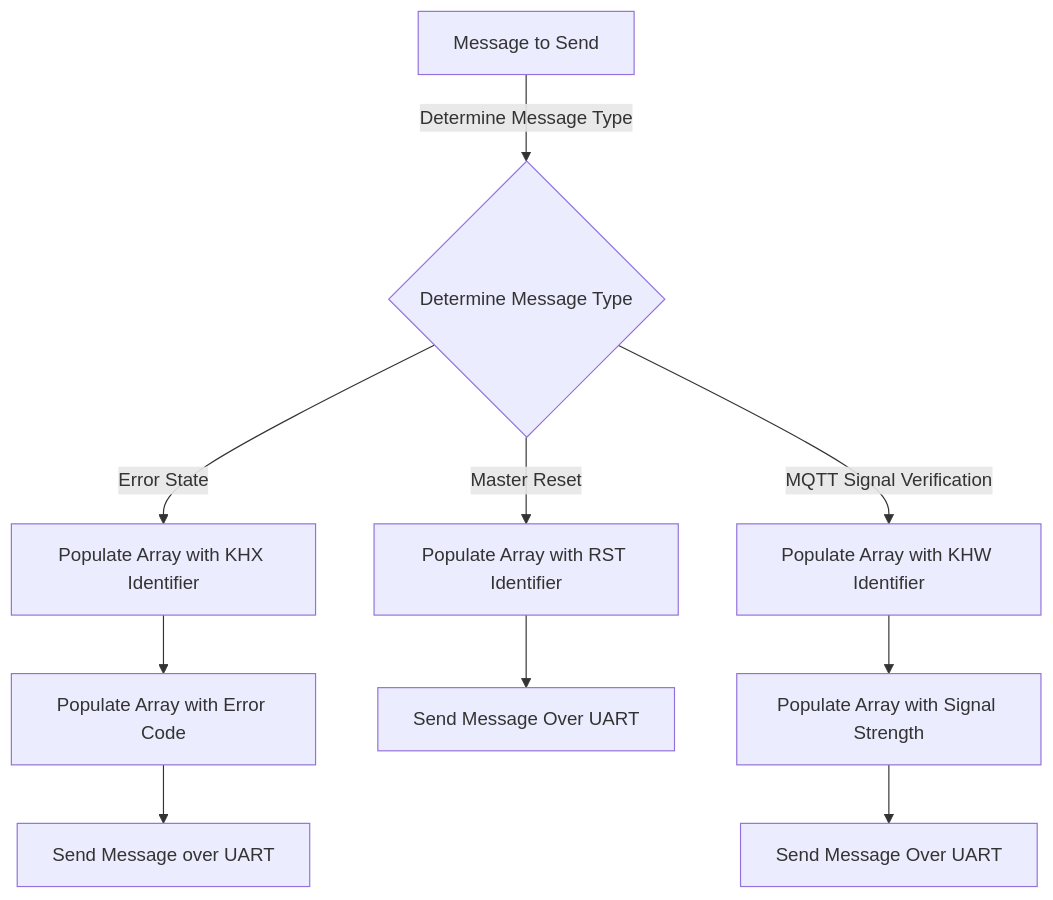
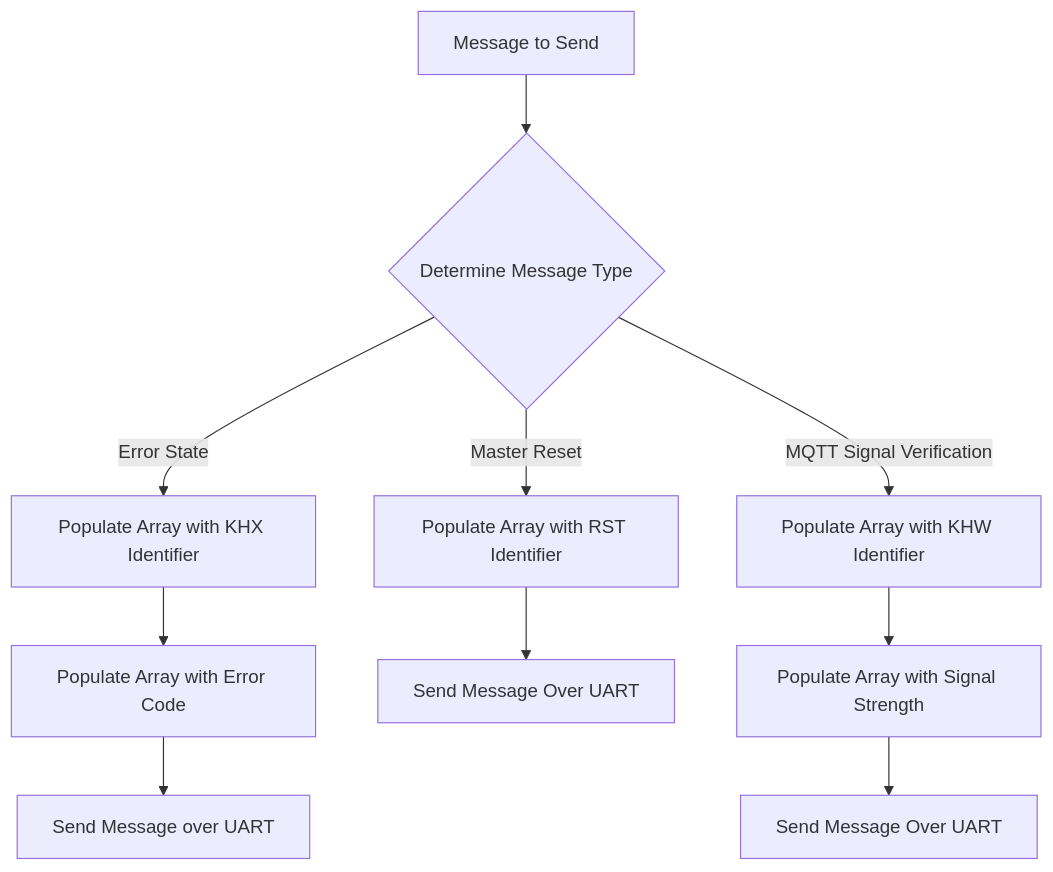
The second of 2 diagrams in docs/API.md (kirkvolin/kirkvolin.github.io), drawn with Mermaid before and after one commit. The commit also changed other lines of this file, not shown here.

````diff
--- a/docs/API.md
+++ b/docs/API.md
@@ -126,15 +126,15 @@
 ```mermaid
 flowchart TD
-    A[Message to Send] -->|Determine Message Type| B{Determine Message Type}
+    A[Message to Send] --> B{Determine Message Type}
     B -->|Error State| C[Populate Array with KHX Identifier]
     C --> D[Populate Array with Error Code] --> E[Send Message over UART]
     B -->|Master Reset|F[Populate Array with RST Identifier]
     F --> G[Send Message Over UART]
 
     B -->|MQTT Signal Verification| H[Populate Array with KHW Identifier]
     H --> I[Populate Array with Signal Strength]
     I-->J[Send Message Over UART]
 
   
   
 ```
````
